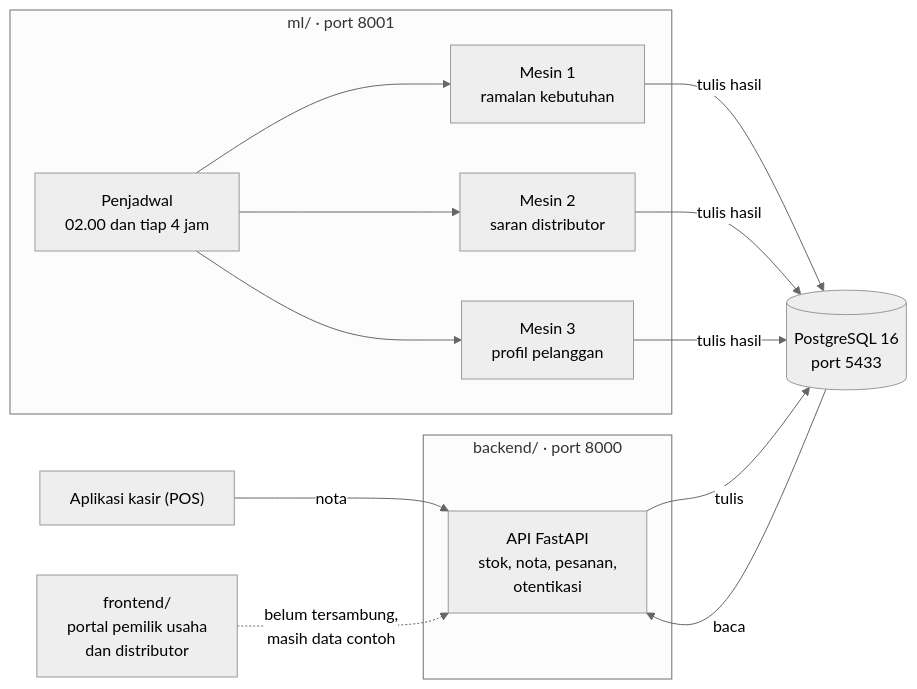
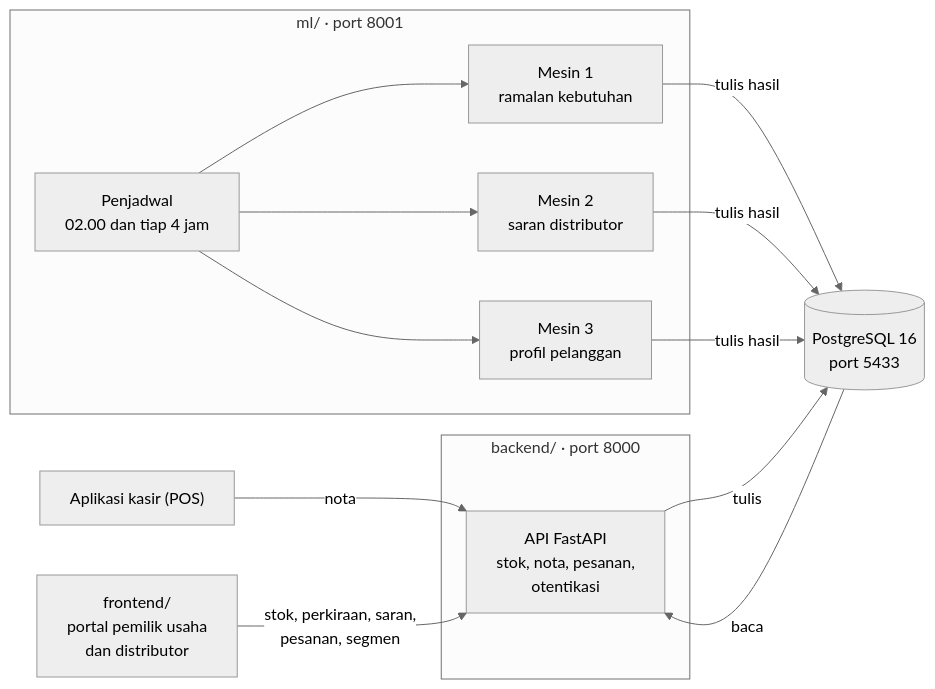
The first of 2 diagrams in README.md (YonoBengkel/Warungku), drawn with Mermaid (neutral theme) before and after one commit. The commit also changed other lines of this file and 2 other files, not shown here.

Commit message:
docs: README dan docker-compose untuk API dan layanan model

````diff
--- a/README.md
+++ b/README.md
@@ -20,21 +20,21 @@
 ```mermaid
 flowchart LR
     kasir["Aplikasi kasir (POS)"] -- "nota" --> api
     subgraph backend["backend/ · port 8000"]
         api["API FastAPI<br/>stok, nota, pesanan,<br/>otentikasi"]
     end
     subgraph ml["ml/ · port 8001"]
         m1["Mesin 1<br/>ramalan kebutuhan"]
         m2["Mesin 2<br/>saran distributor"]
         m3["Mesin 3<br/>profil pelanggan"]
         jadwal["Penjadwal<br/>02.00 dan tiap 4 jam"]
     end
     db[("PostgreSQL 16<br/>port 5433")]
     fe["frontend/<br/>portal pemilik usaha<br/>dan distributor"]
 
     api -- "tulis" --> db
     jadwal --> m1 & m2 & m3
     m1 & m2 & m3 -- "tulis hasil" --> db
     db -- "baca" --> api
-    fe -. "belum tersambung,<br/>masih data contoh" .-> api
+    fe -- "stok, perkiraan, saran,<br/>pesanan, segmen" --> api
 ```
````
